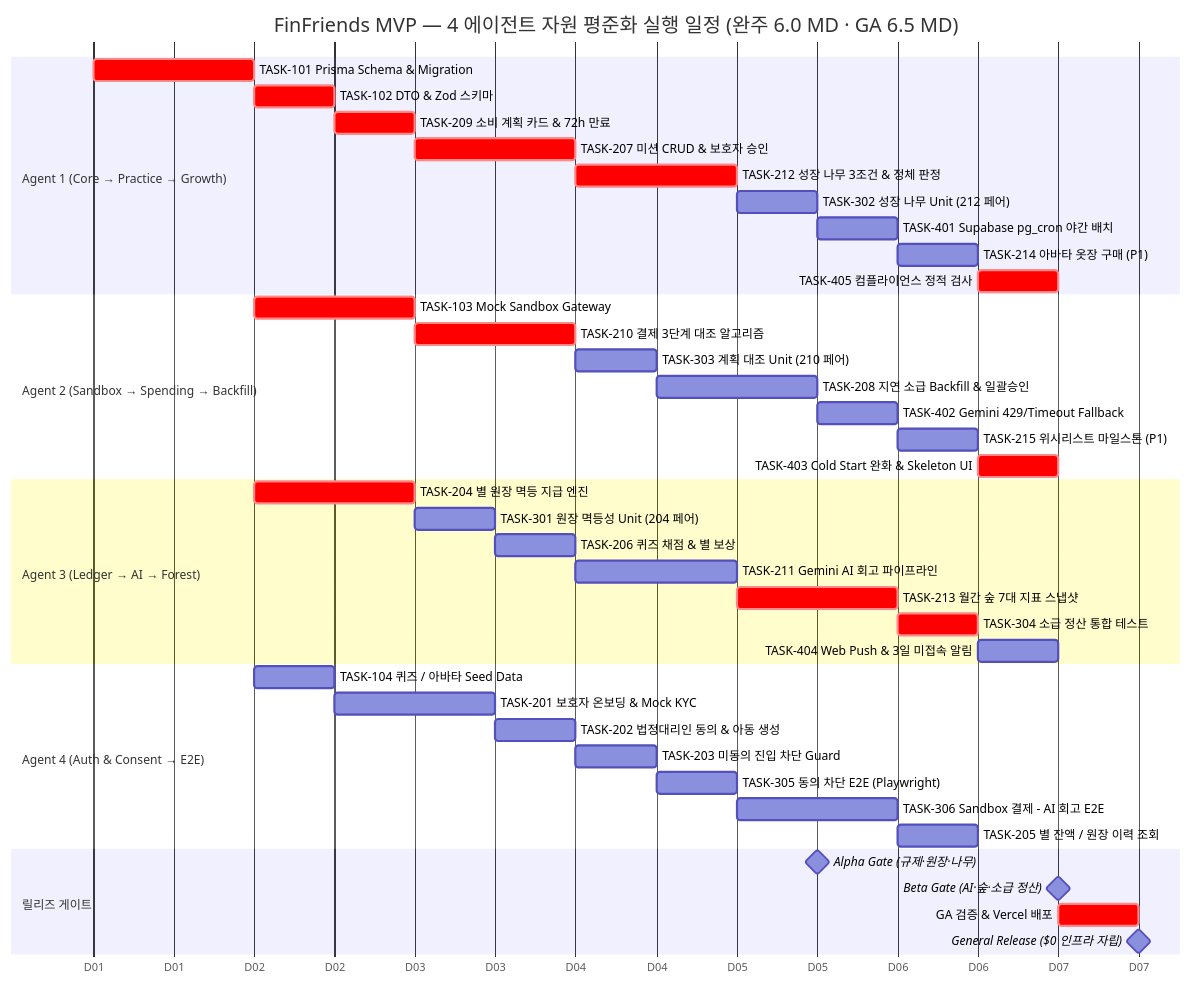
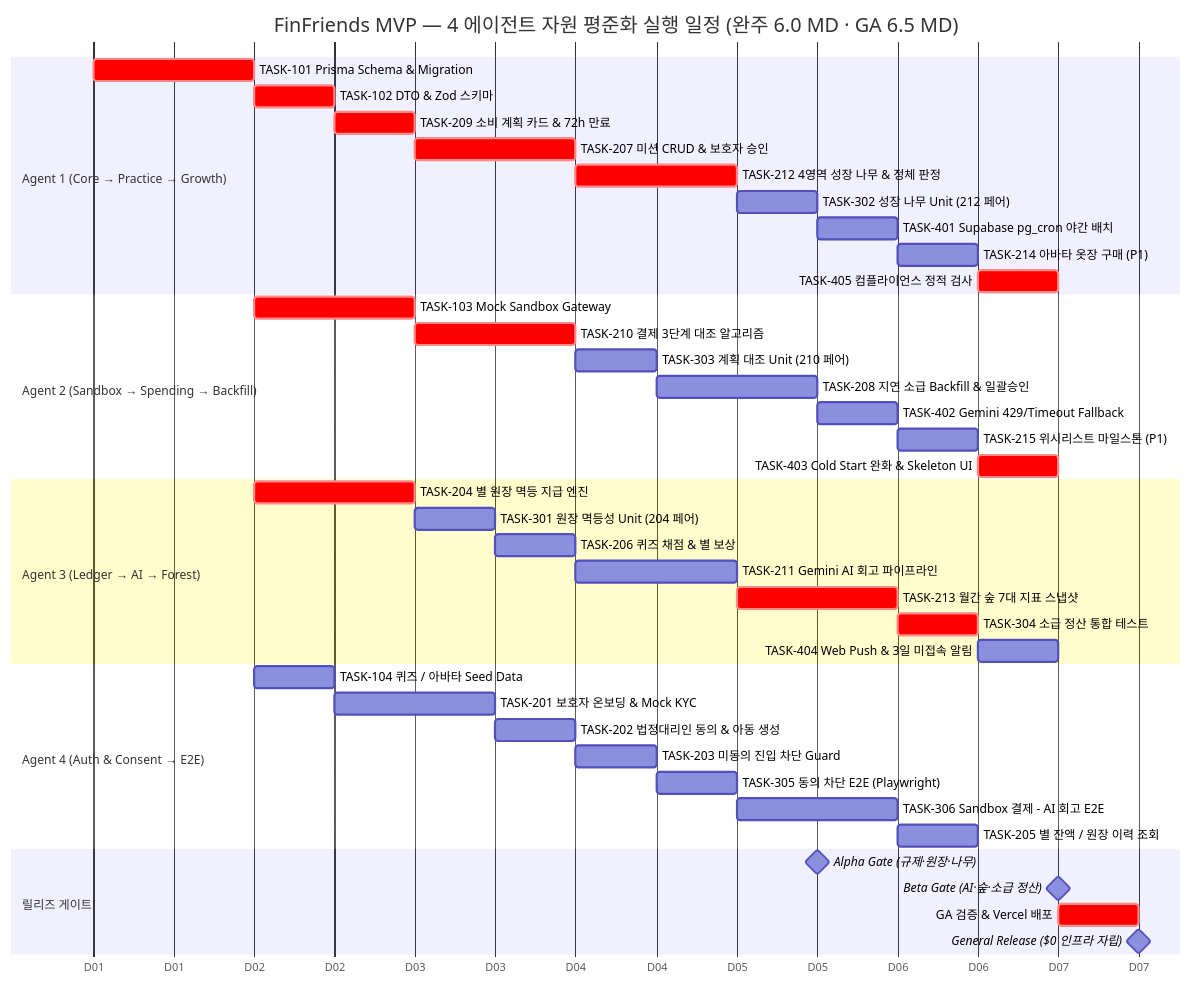
Before and after one commit to hayoungv/finfriends-prd-to-srs: the fourth of 4 diagrams in docs/00-plan/dag-roadmap.md, drawn with Mermaid. The commit also changed other lines of this file and 20 other files, not shown here.

````diff
--- a/docs/00-plan/dag-roadmap.md
+++ b/docs/00-plan/dag-roadmap.md
@@ -480,51 +480,51 @@
 ```mermaid
 gantt
     title FinFriends MVP — 4 에이전트 자원 평준화 실행 일정 (완주 6.0 MD · GA 6.5 MD)
     dateFormat  YYYY-MM-DD HH:mm
     axisFormat  D%d
     todayMarker off
 
     section Agent 1 (Core → Practice → Growth)
     TASK-101 Prisma Schema & Migration     :crit, a1t101, 2026-09-01 00:00, 1d
     TASK-102 DTO & Zod 스키마               :crit, a1t102, 2026-09-02 00:00, 12h
     TASK-209 소비 계획 카드 & 72h 만료       :crit, a1t209, 2026-09-02 12:00, 12h
     TASK-207 미션 CRUD & 보호자 승인         :crit, a1t207, 2026-09-03 00:00, 1d
-    TASK-212 성장 나무 3조건 & 정체 판정       :crit, a1t212, 2026-09-04 00:00, 1d
+    TASK-212 4영역 성장 나무 & 정체 판정       :crit, a1t212, 2026-09-04 00:00, 1d
     TASK-302 성장 나무 Unit (212 페어)       :a1t302, 2026-09-05 00:00, 12h
     TASK-401 Supabase pg_cron 야간 배치      :a1t401, 2026-09-05 12:00, 12h
     TASK-214 아바타 옷장 구매 (P1)           :a1t214, 2026-09-06 00:00, 12h
     TASK-405 컴플라이언스 정적 검사           :crit, a1t405, 2026-09-06 12:00, 12h
 
     section Agent 2 (Sandbox → Spending → Backfill)
     TASK-103 Mock Sandbox Gateway          :crit, a2t103, 2026-09-02 00:00, 1d
     TASK-210 결제 3단계 대조 알고리즘         :crit, a2t210, 2026-09-03 00:00, 1d
     TASK-303 계획 대조 Unit (210 페어)       :a2t303, 2026-09-04 00:00, 12h
     TASK-208 지연 소급 Backfill & 일괄승인    :a2t208, 2026-09-04 12:00, 1d
     TASK-402 Gemini 429/Timeout Fallback   :a2t402, 2026-09-05 12:00, 12h
     TASK-215 위시리스트 마일스톤 (P1)         :a2t215, 2026-09-06 00:00, 12h
     TASK-403 Cold Start 완화 & Skeleton UI  :crit, a2t403, 2026-09-06 12:00, 12h
 
     section Agent 3 (Ledger → AI → Forest)
     TASK-204 별 원장 멱등 지급 엔진           :crit, a3t204, 2026-09-02 00:00, 1d
     TASK-301 원장 멱등성 Unit (204 페어)     :a3t301, 2026-09-03 00:00, 12h
     TASK-206 퀴즈 채점 & 별 보상             :a3t206, 2026-09-03 12:00, 12h
     TASK-211 Gemini AI 회고 파이프라인        :a3t211, 2026-09-04 00:00, 1d
     TASK-213 월간 숲 7대 지표 스냅샷          :crit, a3t213, 2026-09-05 00:00, 1d
     TASK-304 소급 정산 통합 테스트            :crit, a3t304, 2026-09-06 00:00, 12h
     TASK-404 Web Push & 3일 미접속 알림       :a3t404, 2026-09-06 12:00, 12h
 
     section Agent 4 (Auth & Consent → E2E)
     TASK-104 퀴즈 / 아바타 Seed Data        :a4t104, 2026-09-02 00:00, 12h
     TASK-201 보호자 온보딩 & Mock KYC        :a4t201, 2026-09-02 12:00, 1d
     TASK-202 법정대리인 동의 & 아동 생성      :a4t202, 2026-09-03 12:00, 12h
     TASK-203 미동의 진입 차단 Guard          :a4t203, 2026-09-04 00:00, 12h
     TASK-305 동의 차단 E2E (Playwright)     :a4t305, 2026-09-04 12:00, 12h
     TASK-306 Sandbox 결제 - AI 회고 E2E     :a4t306, 2026-09-05 00:00, 1d
     TASK-205 별 잔액 / 원장 이력 조회         :a4t205, 2026-09-06 00:00, 12h
 
     section 릴리즈 게이트
     Alpha Gate (규제·원장·나무)              :milestone, mLA, 2026-09-05 12:00, 0d
     Beta Gate (AI·숲·소급 정산)              :milestone, mLB, 2026-09-07 00:00, 0d
     GA 검증 & Vercel 배포                   :crit, ltga, 2026-09-07 00:00, 12h
     General Release ($0 인프라 자립)         :milestone, mLG, 2026-09-07 12:00, 0d
 ```
````
